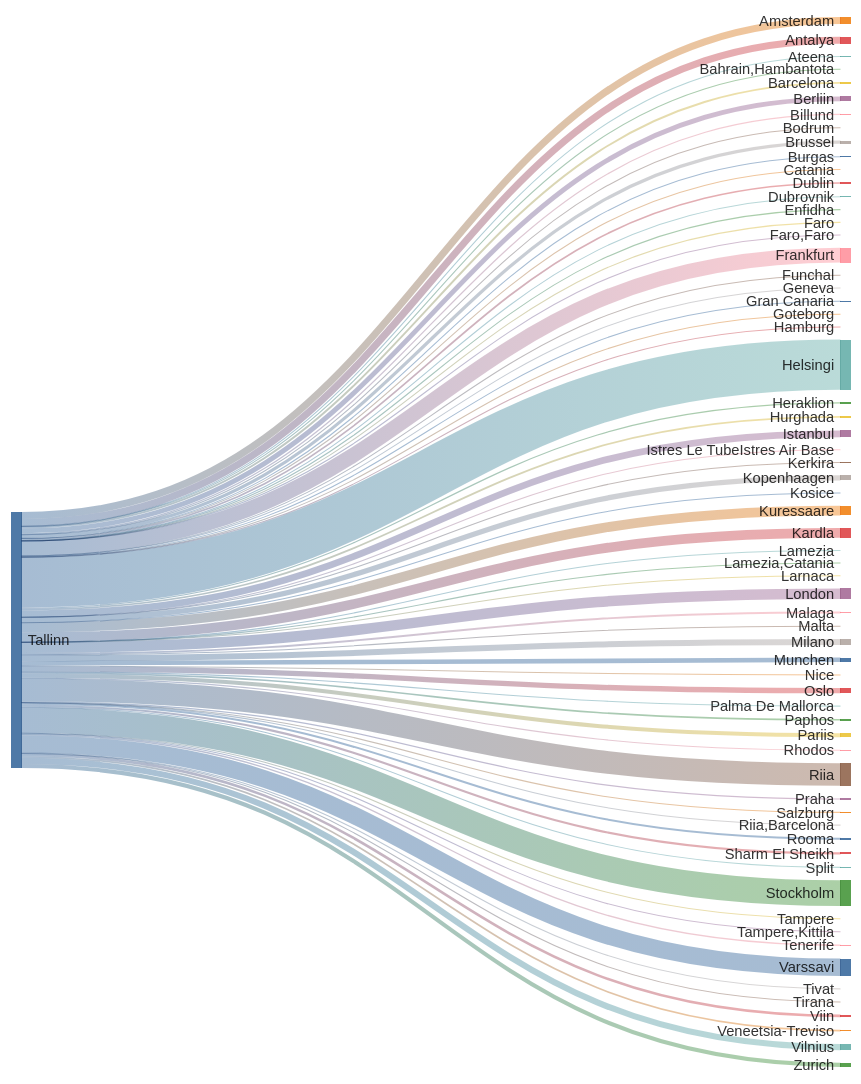
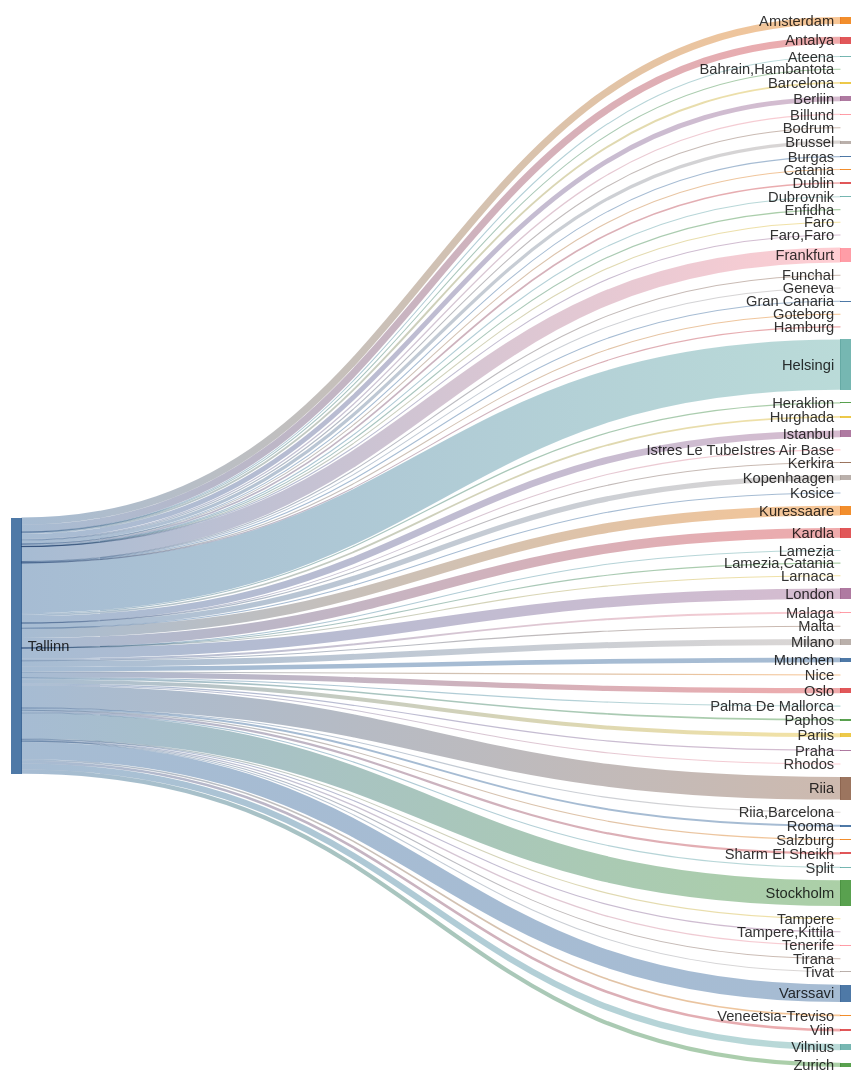
One commit to rainermesi/tll-airport-departures changed the second of 2 diagrams in README.md. Above: the diagram before and after it, drawn with Mermaid. The commit also changed other lines of this file, not shown here.

````diff
--- a/README.md
+++ b/README.md
@@ -34,77 +34,77 @@
 ```mermaid
 ---
 config:
   sankey:
     showValues: false
     width: 800
     height: 1000
 ---
 sankey-beta
 %% source,target,value
-Tallinn,Amsterdam,285
-Tallinn,Antalya,280
+Tallinn,Amsterdam,286
+Tallinn,Antalya,281
 Tallinn,Ateena,16
 Tallinn,"Bahrain,Hambantota",1
-Tallinn,Barcelona,75
+Tallinn,Barcelona,76
 Tallinn,Berliin,193
 Tallinn,Billund,49
 Tallinn,Bodrum,11
 Tallinn,Brussel,128
 Tallinn,Burgas,21
 Tallinn,Catania,2
 Tallinn,Dublin,66
 Tallinn,Dubrovnik,21
 Tallinn,Enfidha,7
 Tallinn,Faro,4
 Tallinn,"Faro,Faro",1
-Tallinn,Frankfurt,593
+Tallinn,Frankfurt,595
 Tallinn,Funchal,5
 Tallinn,Geneva,12
 Tallinn,Gran Canaria,36
 Tallinn,Goteborg,1
 Tallinn,Hamburg,2
-Tallinn,Helsingi,2000
+Tallinn,Helsingi,2009
 Tallinn,Heraklion,46
-Tallinn,Hurghada,69
-Tallinn,Istanbul,269
+Tallinn,Hurghada,71
+Tallinn,Istanbul,270
 Tallinn,Istres Le TubeIstres Air Base,2
 Tallinn,Kerkira,4
 Tallinn,Kopenhaagen,211
 Tallinn,Kosice,1
-Tallinn,Kuressaare,389
-Tallinn,Kardla,389
+Tallinn,Kuressaare,391
+Tallinn,Kardla,391
 Tallinn,Lamezia,1
 Tallinn,"Lamezia,Catania",3
 Tallinn,Larnaca,4
-Tallinn,London,418
+Tallinn,London,420
 Tallinn,Malaga,77
 Tallinn,Malta,15
-Tallinn,Milano,238
-Tallinn,Munchen,180
+Tallinn,Milano,239
+Tallinn,Munchen,181
 Tallinn,Nice,25
 Tallinn,Oslo,213
 Tallinn,Palma De Mallorca,19
 Tallinn,Paphos,64
 Tallinn,Pariis,159
 Tallinn,Praha,49
 Tallinn,Rhodos,32
-Tallinn,Riia,900
+Tallinn,Riia,904
 Tallinn,"Riia,Barcelona",1
 Tallinn,Rooma,78
 Tallinn,Salzburg,13
-Tallinn,Sharm El Sheikh,86
+Tallinn,Sharm El Sheikh,87
 Tallinn,Split,25
-Tallinn,Stockholm,1020
+Tallinn,Stockholm,1024
 Tallinn,Tampere,17
-Tallinn,"Tampere,Kittila",19
+Tallinn,"Tampere,Kittila",20
 Tallinn,Tenerife,55
 Tallinn,Tirana,8
 Tallinn,Tivat,26
-Tallinn,Varssavi,691
+Tallinn,Varssavi,694
 Tallinn,Veneetsia-Treviso,65
 Tallinn,Viin,103
-Tallinn,Vilnius,245
+Tallinn,Vilnius,247
 Tallinn,Zurich,165
 
 
 ```
````
